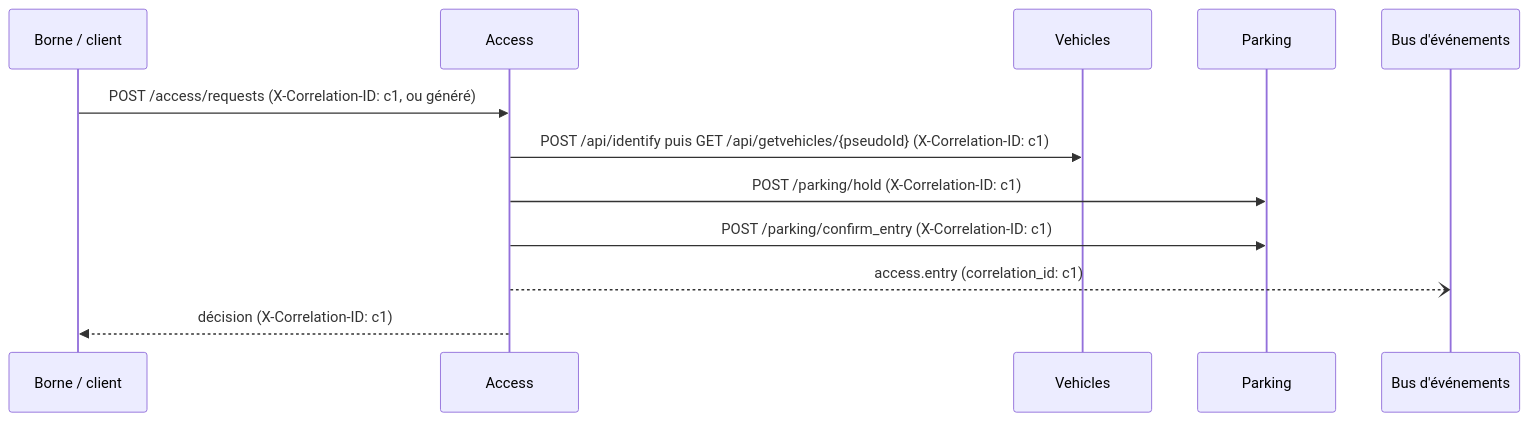
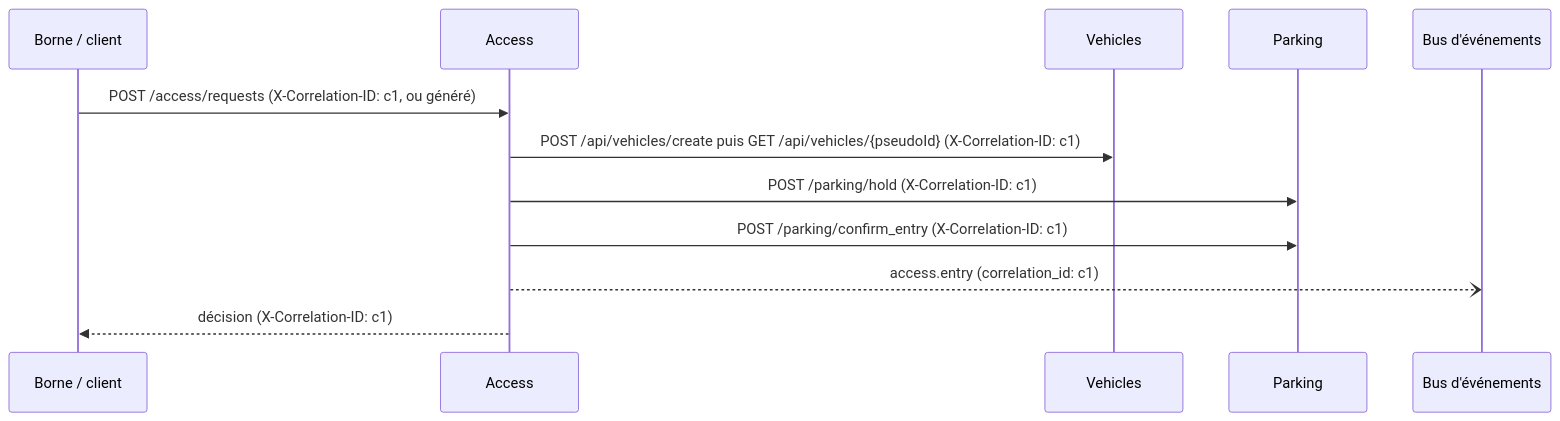
Before and after one commit to DenisDMU/access-parking: the diagram in docs/REVUE.md, drawn with Mermaid. The commit also changed other lines of this file and 8 other files, not shown here.

Commit message:
fix(vehicles): 4e contrat (vehicles/create, handicaped), la borne crée de nouveau les véhicules (4.8.1)

````diff
--- a/docs/REVUE.md
+++ b/docs/REVUE.md
@@ -139,14 +139,14 @@
 ```mermaid
 sequenceDiagram
     participant B as Borne / client
     participant A as Access
     participant Ve as Vehicles
     participant P as Parking
     participant Bus as Bus d'événements
     B->>A: POST /access/requests (X-Correlation-ID: c1, ou généré)
-    A->>Ve: POST /api/identify puis GET /api/getvehicles/{pseudoId} (X-Correlation-ID: c1)
+    A->>Ve: POST /api/vehicles/create puis GET /api/vehicles/{pseudoId} (X-Correlation-ID: c1)
     A->>P: POST /parking/hold (X-Correlation-ID: c1)
     A->>P: POST /parking/confirm_entry (X-Correlation-ID: c1)
     A--)Bus: access.entry (correlation_id: c1)
     A-->>B: décision (X-Correlation-ID: c1)
 ```
````
